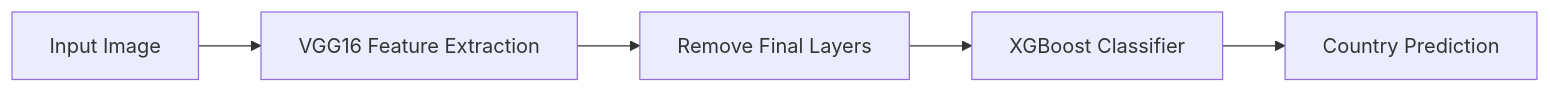
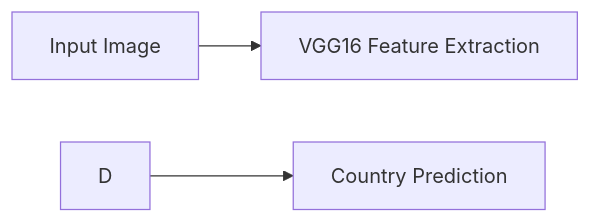
The diagram in README.md (7mgppp1903/flag-classification-VGG16), drawn with Mermaid before and after one commit.

Commit message:
Update mermaid diagram in README
Removed steps for final layers and classifier from diagram.

````diff
--- a/README.md
+++ b/README.md
@@ -22,8 +22,6 @@
 ```mermaid
 graph LR
 A[Input Image] --> B[VGG16 Feature Extraction]
-B --> C[Remove Final Layers]
-C --> D[XGBoost Classifier]
 D --> E[Country Prediction]
 
 ```
````
